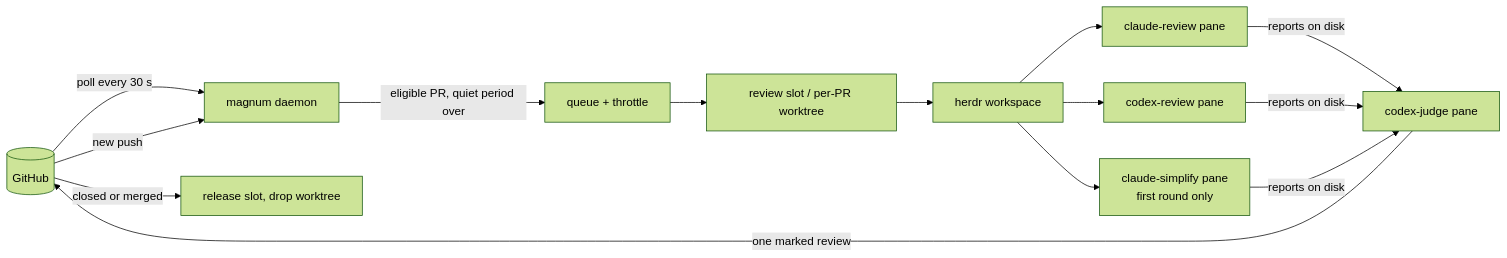
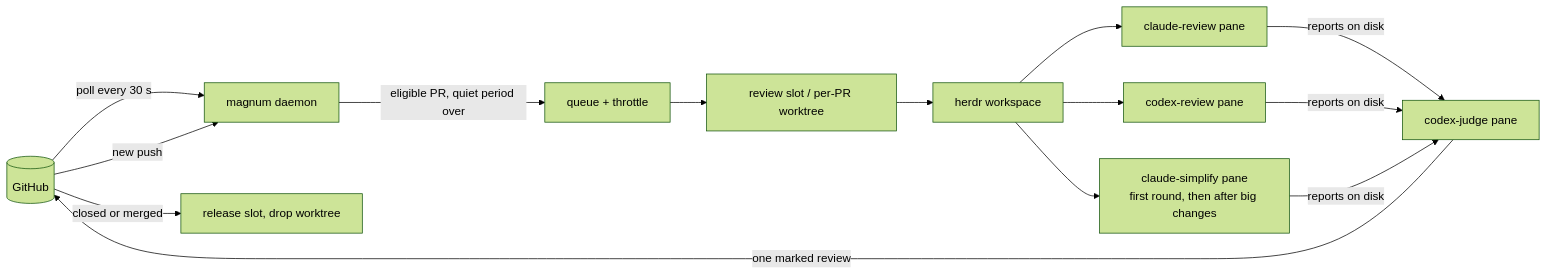
Before and after one commit to zhuravel/magnum: the diagram in README.md, drawn with Mermaid (forest theme). The commit also changed other lines of this file and 42 other files, not shown here.

````diff
--- a/README.md
+++ b/README.md
@@ -43,14 +43,14 @@
 ```mermaid
 flowchart LR
     GH[(GitHub)] -- poll every 30 s --> D[magnum daemon]
     D -- eligible PR, quiet period over --> Q[queue + throttle]
     Q --> S[review slot / per-PR worktree]
     S --> W[herdr workspace]
     W --> R1[claude-review pane]
     W --> R2[codex-review pane]
-    W --> R3[claude-simplify pane<br/>first round only]
+    W --> R3[claude-simplify pane<br/>first round, then after big changes]
     R1 & R2 & R3 -- reports on disk --> J[codex-judge pane]
     J -- one marked review --> GH
     GH -- new push --> D
     GH -- closed or merged --> C[release slot, drop worktree]
 ```
````
